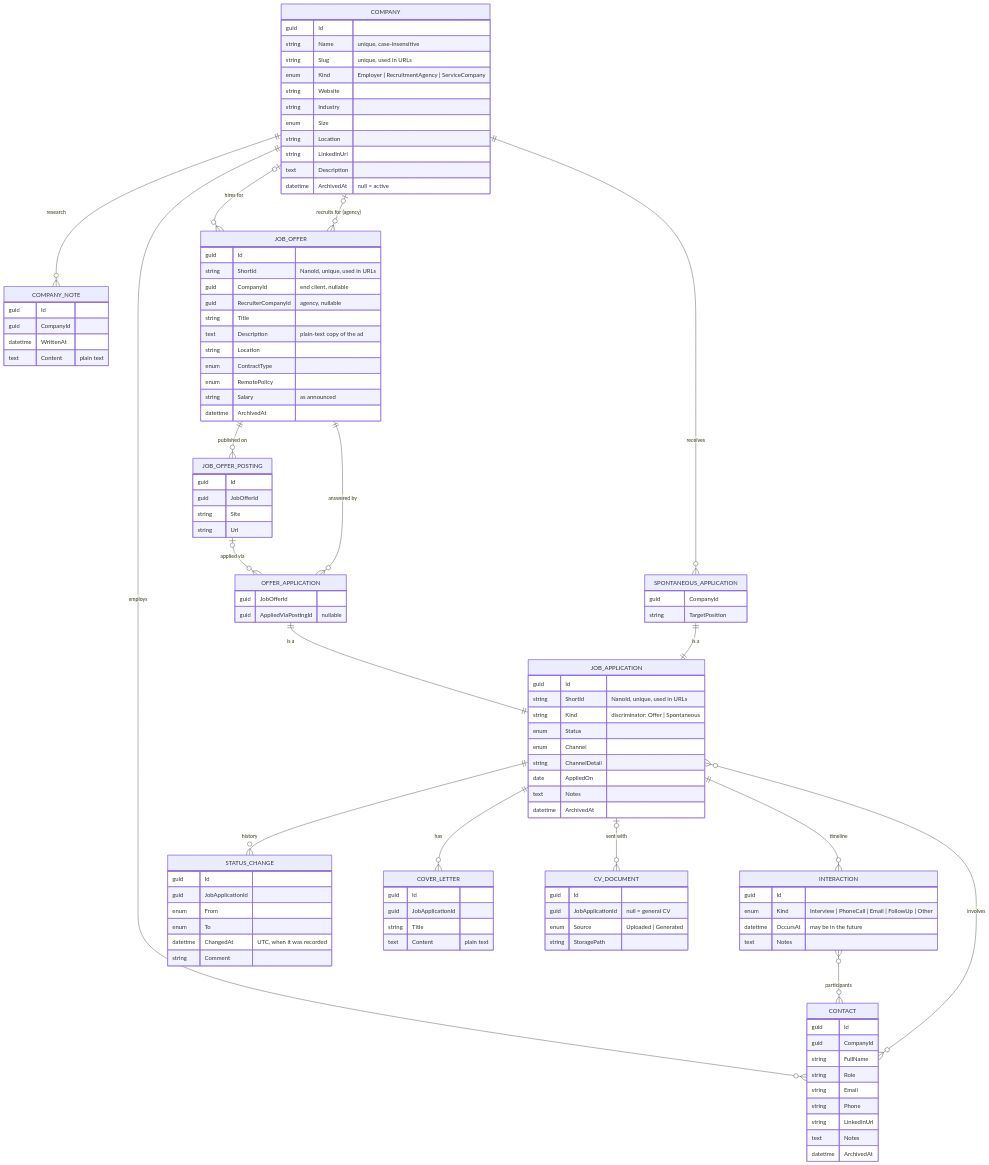
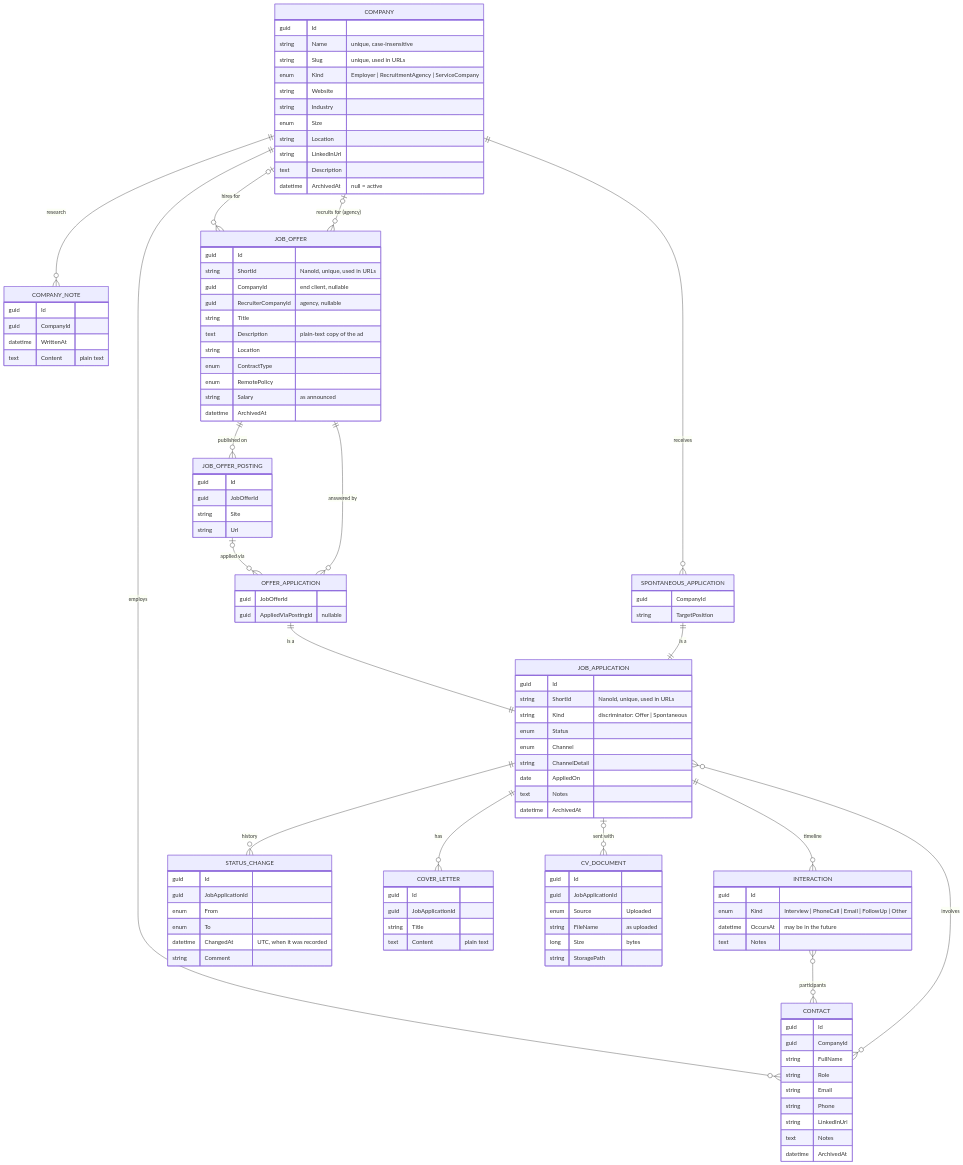
Before and after one commit to Kevin-HESSE/Ambio: the diagram in docs/data-model.md, drawn with Mermaid. The commit also changed other lines of this file and 9 other files, not shown here.

````diff
--- a/docs/data-model.md
+++ b/docs/data-model.md
@@ -117,8 +117,10 @@
     }
     CV_DOCUMENT {
         guid Id
-        guid JobApplicationId "null = general CV"
-        enum Source "Uploaded | Generated"
+        guid JobApplicationId
+        enum Source "Uploaded"
+        string FileName "as uploaded"
+        long Size "bytes"
         string StoragePath
     }
 ```
````
